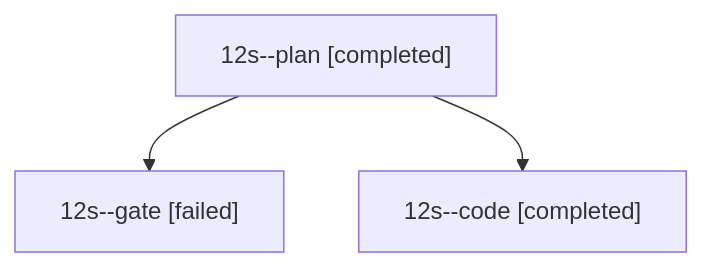
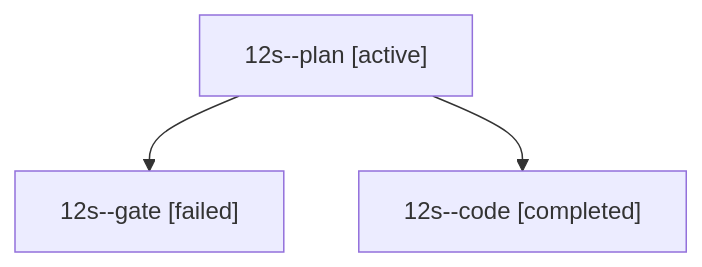
One commit to bobs-org/bob-cli--agents changed the diagram in sessions/bbugyi200.athena.12s.md. Above: the diagram before and after it, drawn with Mermaid. The commit also changed other lines of this file and 7 other files, not shown here.

````diff
--- a/sessions/bbugyi200.athena.12s.md
+++ b/sessions/bbugyi200.athena.12s.md
@@ -9,8 +9,8 @@
 ```mermaid
 flowchart TD
-  n0["12s--plan [completed]"]
+  n0["12s--plan [active]"]
   n1["12s--gate [failed]"]
   n0 --> n1
   n2["12s--code [completed]"]
   n0 --> n2
 ```
````
